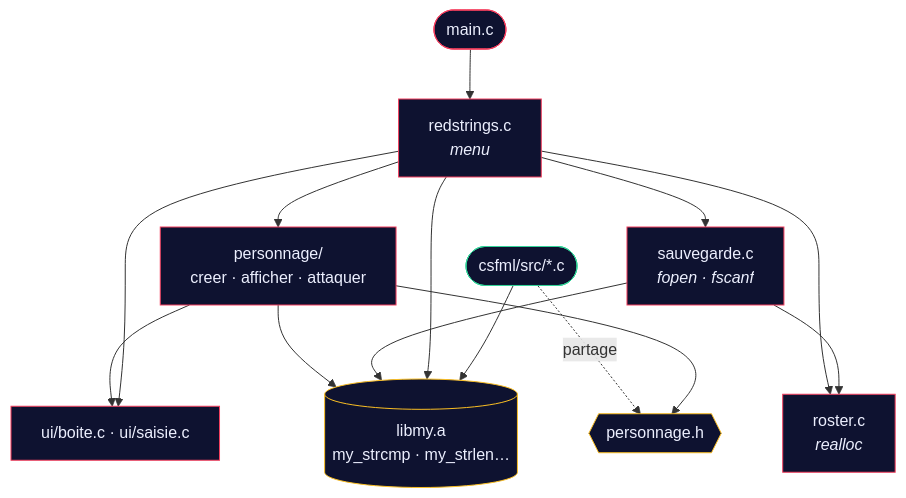
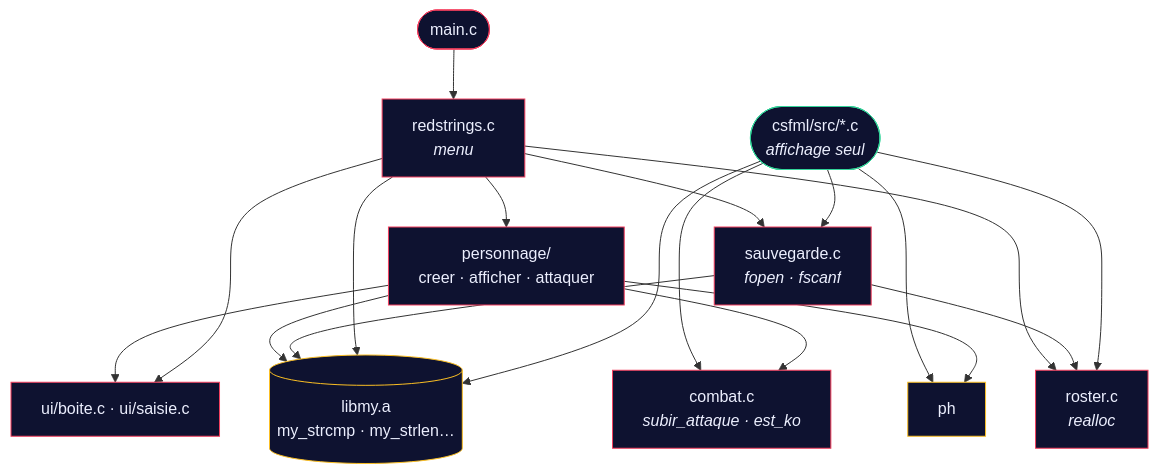
The fourth of 8 diagrams in README.md (Vylllixis/RedStrings), drawn with Mermaid before and after one commit. The commit also changed other lines of this file, not shown here.

Commit message:
📝 docs(readme): décrit le moteur commun console / CSFML et les touches 4 et 5

````diff
--- a/README.md
+++ b/README.md
@@ -383,21 +387,23 @@
 ```mermaid
 flowchart TB
     main([main.c]) --> rs[redstrings.c<br/><i>menu</i>]
     rs --> perso[personnage/<br/>creer · afficher · attaquer]
     rs --> roster[roster.c<br/><i>realloc</i>]
     rs --> save[sauvegarde.c<br/><i>fopen · fscanf</i>]
     save --> roster
     perso --> ui[ui/boite.c · ui/saisie.c]
     rs --> ui
     perso & save & rs --> libmy[(libmy.a<br/>my_strcmp · my_strlen…)]
-    gui([csfml/src/*.c]) -. partage .-> ph{{personnage.h}}
+    gui([csfml/src/*.c<br/><i>affichage seul</i>]) --> roster & save & ph
+    gui --> combat[combat.c<br/><i>subir_attaque · est_ko</i>]
+    perso --> combat
     gui --> libmy
     perso --> ph
 
     classDef app fill:#0e1230,stroke:#f43f5e,color:#eceffe
     classDef lib fill:#0e1230,stroke:#fbbf24,color:#eceffe
     classDef gui fill:#0e1230,stroke:#34d399,color:#eceffe
-    class main,rs,perso,roster,save,ui app
+    class main,rs,perso,roster,save,ui,combat app
     class libmy,ph lib
     class gui gui
 ```
````
